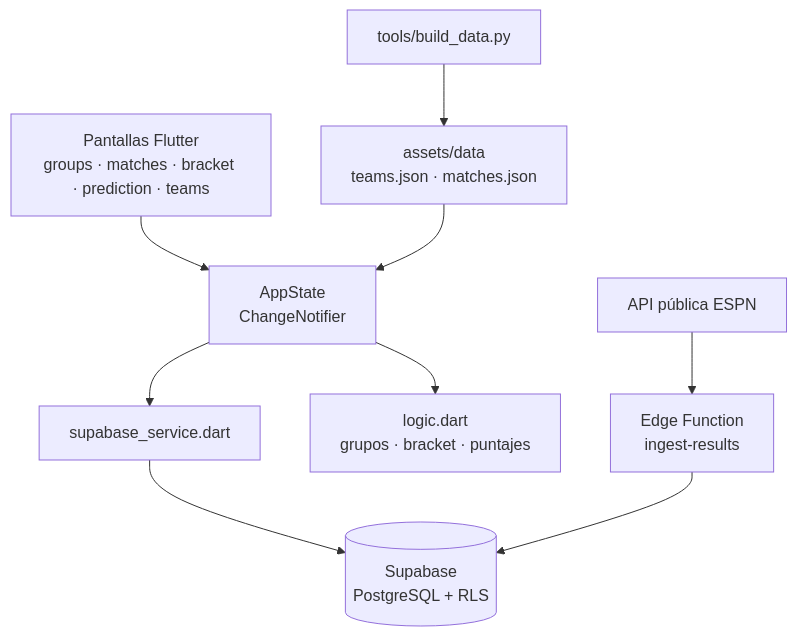
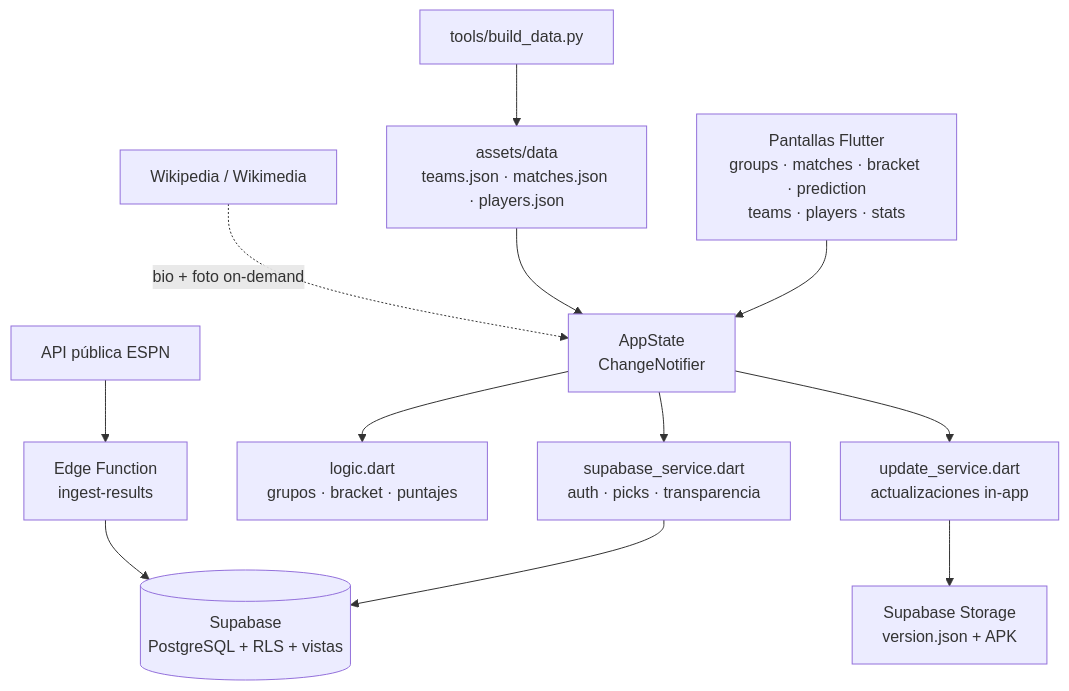
One commit to Bemlet/MUNDIAL2026 changed the diagram in docs-site/docs/arquitectura.md. Above: the diagram before and after it, drawn with Mermaid. The commit also changed other lines of this file and 4 other files, not shown here.

Commit message:
docs: actualizar doc Zensical (transparencia/RLS, auth Google, updater in-app, cartas de jugadores, alineaciones)

````diff
--- a/docs-site/docs/arquitectura.md
+++ b/docs-site/docs/arquitectura.md
@@ -14,11 +14,14 @@
 ``` mermaid
 graph TD
-    UI[Pantallas Flutter<br/>groups · matches · bracket · prediction · teams] --> AS[AppState<br/>ChangeNotifier]
-    AS --> SS[supabase_service.dart]
+    UI[Pantallas Flutter<br/>groups · matches · bracket · prediction<br/>teams · players · stats] --> AS[AppState<br/>ChangeNotifier]
+    AS --> SS[supabase_service.dart<br/>auth · picks · transparencia]
     AS --> LG[logic.dart<br/>grupos · bracket · puntajes]
-    SS --> SB[(Supabase<br/>PostgreSQL + RLS)]
+    AS --> US[update_service.dart<br/>actualizaciones in-app]
+    SS --> SB[(Supabase<br/>PostgreSQL + RLS + vistas)]
+    US --> ST[Supabase Storage<br/>version.json + APK]
     EF[Edge Function<br/>ingest-results] --> SB
     ESPN[API pública ESPN] --> EF
-    PY[tools/build_data.py] --> AD[assets/data<br/>teams.json · matches.json]
+    PY[tools/build_data.py] --> AD[assets/data<br/>teams.json · matches.json · players.json]
     AD --> AS
+    WIKI[Wikipedia / Wikimedia] -.bio + foto on-demand.-> AS
 ```
````
